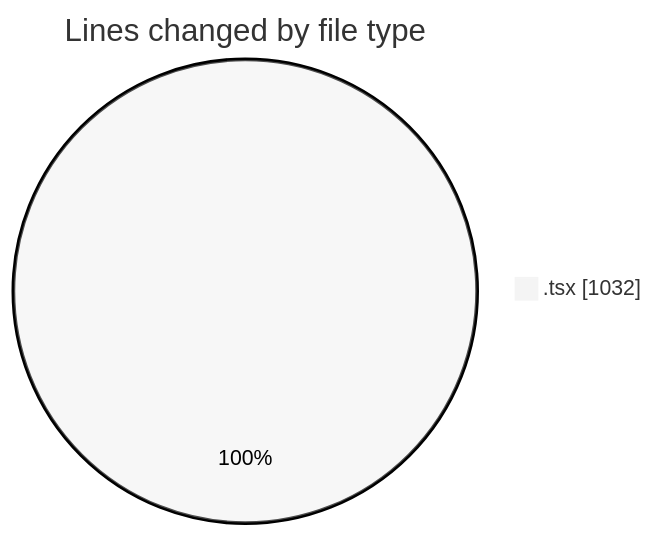
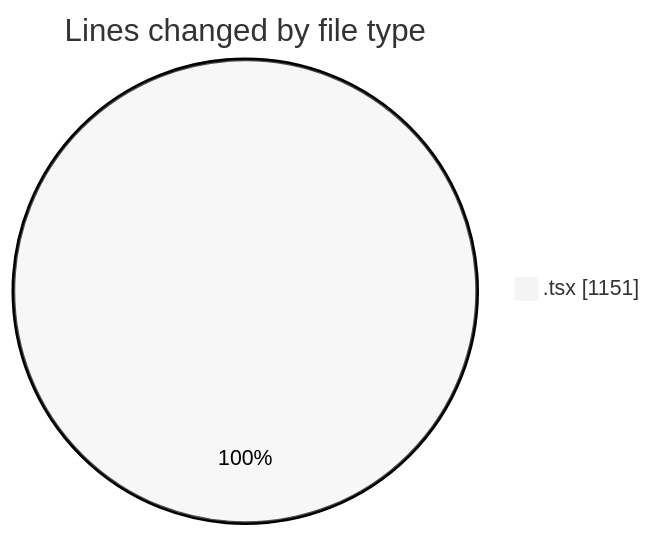
One commit to momahboobian/code-tracking changed the first of 2 diagrams in 2025-11-20/cda/README.md. Above: the diagram before and after it, drawn with Mermaid (neutral theme). The commit also changed other lines of this file and 1 other file, not shown here.

````diff
--- a/2025-11-20/cda/README.md
+++ b/2025-11-20/cda/README.md
@@ -21,5 +23,5 @@
 ```mermaid
 pie showData
 title Lines changed by file type
-".tsx" : 1032
+".tsx" : 1151
 ```
````
